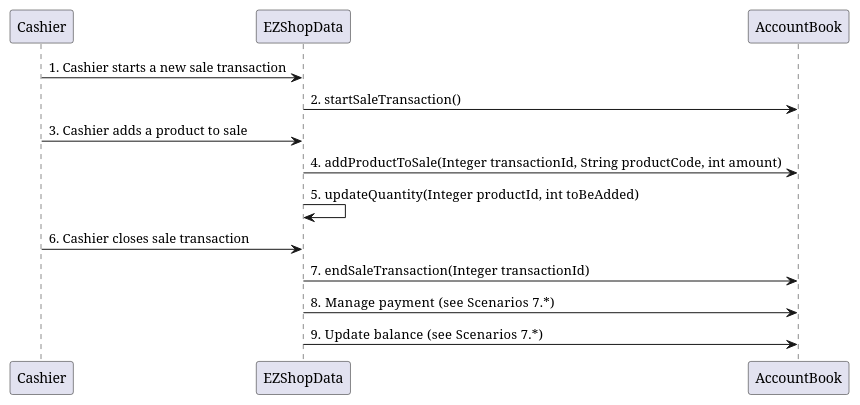
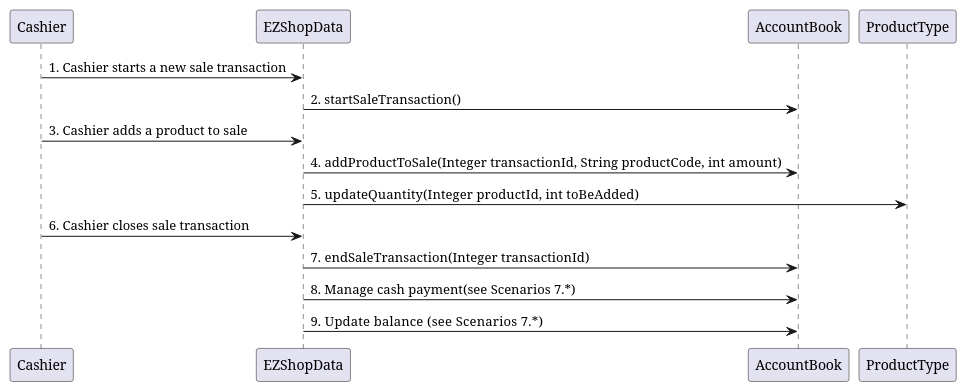
One commit to djemar/softeng_ezshop changed diagram 22 of 31 in Deliverables/DesignDocument.md. Above: the diagram before and after it, drawn with PlantUML. The commit also changed other lines of this file, not shown here.

Commit message:
sequence diagrams 6-4 6-5 6-6

````diff
--- a/Deliverables/DesignDocument.md
+++ b/Deliverables/DesignDocument.md
@@ -440,12 +470,12 @@
 ```plantuml
 "Cashier" -> "EZShopData" : 1. Cashier starts a new sale transaction
 "EZShopData" -> "AccountBook" : 2.  startSaleTransaction()
 "Cashier" -> "EZShopData" : 3. Cashier adds a product to sale
 "EZShopData" -> "AccountBook" : 4.   addProductToSale(Integer transactionId, String productCode, int amount)
-"EZShopData" -> "EZShopData" : 5.   updateQuantity(Integer productId, int toBeAdded)
+"EZShopData" -> "ProductType" : 5.   updateQuantity(Integer productId, int toBeAdded)
 "Cashier" -> "EZShopData" : 6. Cashier closes sale transaction
 "EZShopData" -> "AccountBook" : 7.   endSaleTransaction(Integer transactionId)
-"EZShopData" -> "AccountBook" : 8.   Manage payment (see Scenarios 7.*)
+"EZShopData" -> "AccountBook" : 8. Manage cash payment(see Scenarios 7.*)
 "EZShopData" -> "AccountBook" : 9.   Update balance (see Scenarios 7.*)
 
 ```
````
